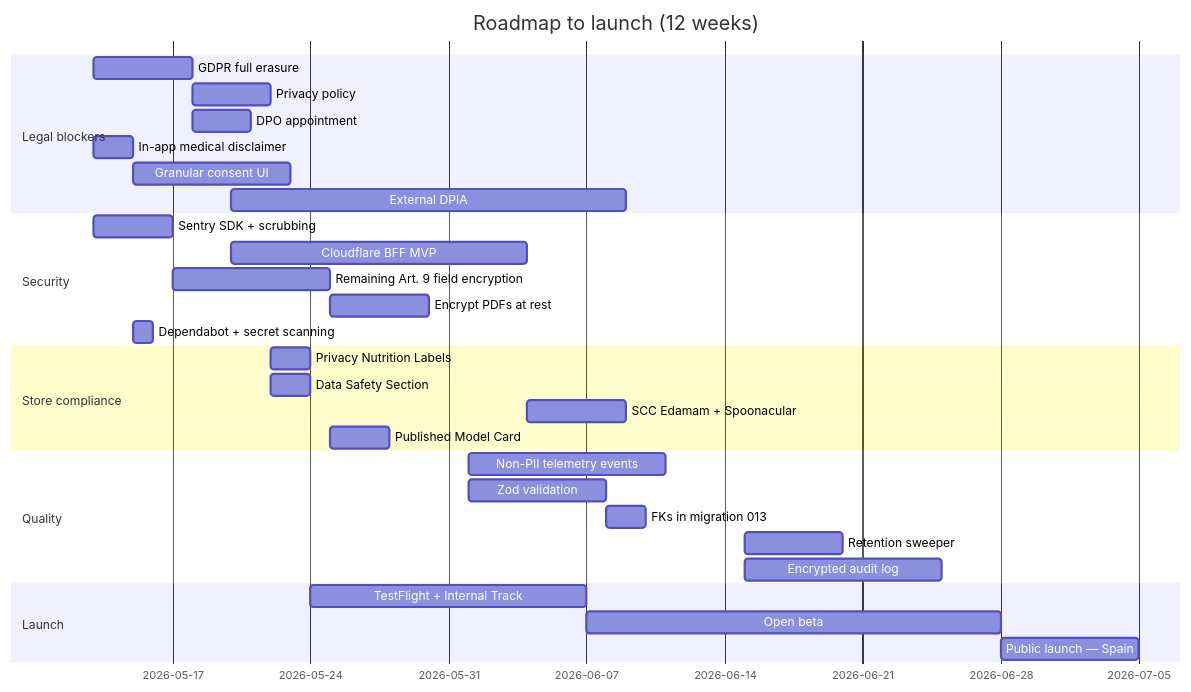
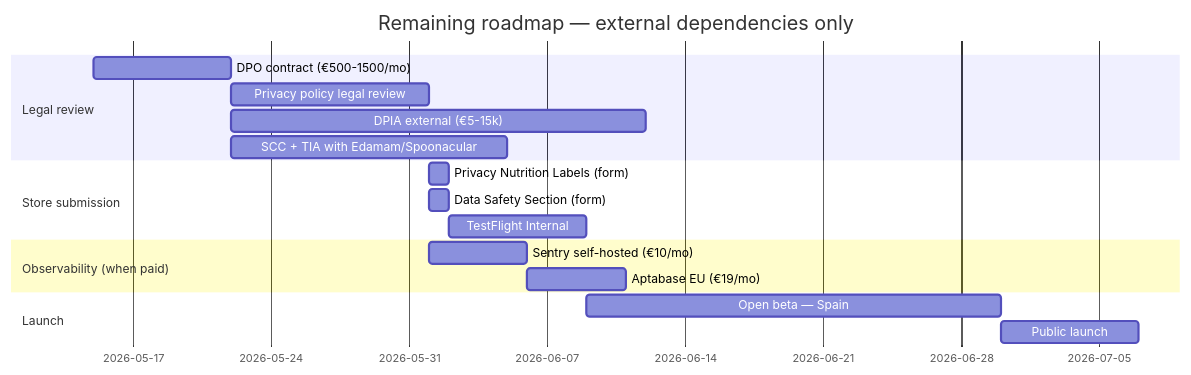
Before and after one commit to antonionc/nutrIAssistant: the diagram in docs/data-architecture/09-improvement-plan.md, drawn with Mermaid. The commit also changed other lines of this file and 12 other files, not shown here.

````diff
--- a/docs/data-architecture/09-improvement-plan.md
+++ b/docs/data-architecture/09-improvement-plan.md
@@ -38,37 +47,23 @@
 ```mermaid
 gantt
-    title Roadmap to launch (12 weeks)
+    title Remaining roadmap — external dependencies only
     dateFormat YYYY-MM-DD
-    section Legal blockers
-    GDPR full erasure              :a1, 2026-05-13, 5d
-    Privacy policy                 :a2, after a1, 4d
-    DPO appointment                :a3, after a1, 3d
-    In-app medical disclaimer      :a4, 2026-05-13, 2d
-    Granular consent UI            :a5, after a4, 8d
-    External DPIA                  :a6, 2026-05-20, 20d
+    section Legal review
+    DPO contract (€500-1500/mo)        :a1, 2026-05-15, 7d
+    Privacy policy legal review        :a2, after a1, 10d
+    DPIA external (€5-15k)             :a3, after a1, 21d
+    SCC + TIA with Edamam/Spoonacular  :a4, after a1, 14d
 
-    section Security
-    Sentry SDK + scrubbing         :b1, 2026-05-13, 4d
-    Cloudflare BFF MVP             :b2, 2026-05-20, 15d
-    Remaining Art. 9 field encryption :b3, after b1, 8d
-    Encrypt PDFs at rest           :b4, after b3, 5d
-    Dependabot + secret scanning   :b5, 2026-05-15, 1d
+    section Store submission
+    Privacy Nutrition Labels (form)    :b1, after a2, 1d
+    Data Safety Section (form)         :b2, after a2, 1d
+    TestFlight Internal                :b3, after b1, 7d
 
-    section Store compliance
-    Privacy Nutrition Labels       :c1, after a2, 2d
-    Data Safety Section            :c2, after a2, 2d
-    SCC Edamam + Spoonacular       :c3, after b2, 5d
-    Published Model Card           :c4, 2026-05-25, 3d
-
-    section Quality
-    Non-PII telemetry events       :d1, 2026-06-01, 10d
-    Zod validation                 :d2, 2026-06-01, 7d
-    FKs in migration 013           :d3, 2026-06-08, 2d
-    Retention sweeper              :d4, 2026-06-15, 5d
-    Encrypted audit log            :d5, 2026-06-15, 10d
+    section Observability (when paid)
+    Sentry self-hosted (€10/mo)        :c1, 2026-06-01, 5d
+    Aptabase EU (€19/mo)               :c2, after c1, 5d
 
     section Launch
-    TestFlight + Internal Track    :e1, after c1, 14d
-    Open beta                      :e2, after e1, 21d
-    Public launch — Spain          :e3, after e2, 7d
+    Open beta — Spain                  :d1, after b3, 21d
+    Public launch                      :d2, after d1, 7d
 ```
````
